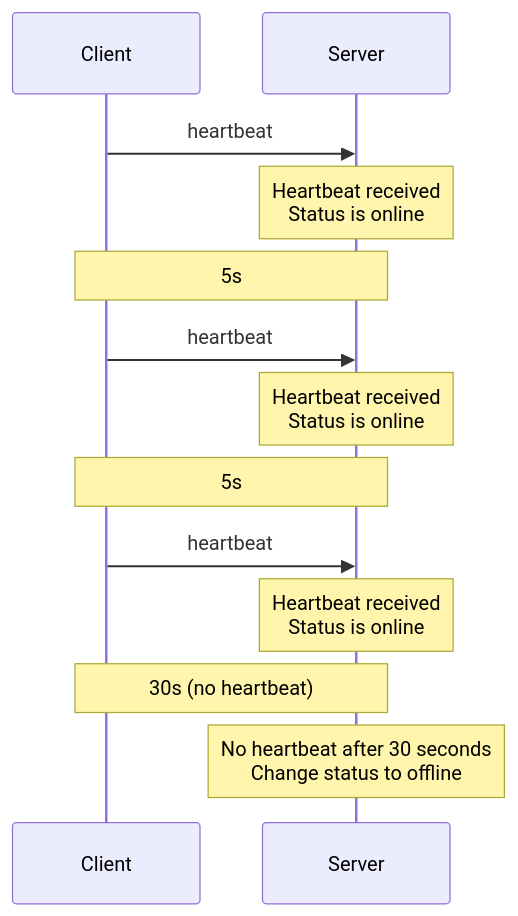
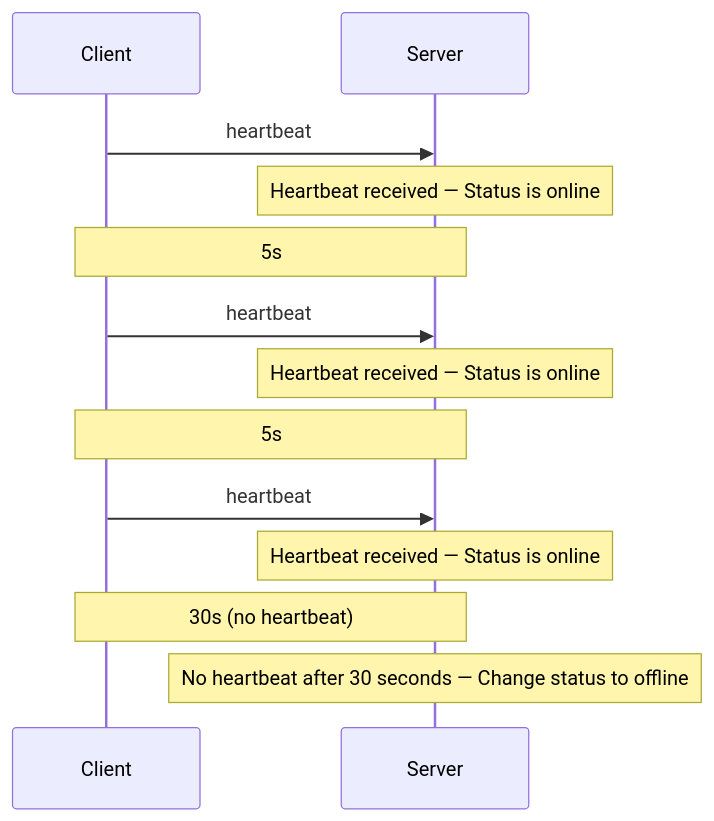
Before and after one commit to NalinDalal/system-design: diagram 16 of 18 in 1.ChatApp.md, drawn with Mermaid. The commit also changed other lines of this file, not shown here.

````diff
--- a/1.ChatApp.md
+++ b/1.ChatApp.md
@@ -399,19 +391,19 @@
 ```mermaid
 sequenceDiagram
     participant C as Client
     participant S as Server
 
     C->>S: heartbeat
-    Note over S: Heartbeat received<br/>Status is online
+    Note over S: Heartbeat received — Status is online
     Note over C,S: 5s
 
     C->>S: heartbeat
-    Note over S: Heartbeat received<br/>Status is online
+    Note over S: Heartbeat received — Status is online
     Note over C,S: 5s
 
     C->>S: heartbeat
-    Note over S: Heartbeat received<br/>Status is online
+    Note over S: Heartbeat received — Status is online
     Note over C,S: 30s (no heartbeat)
 
-    Note over S: No heartbeat after 30 seconds<br/>Change status to offline
+    Note over S: No heartbeat after 30 seconds — Change status to offline
 ```
````
